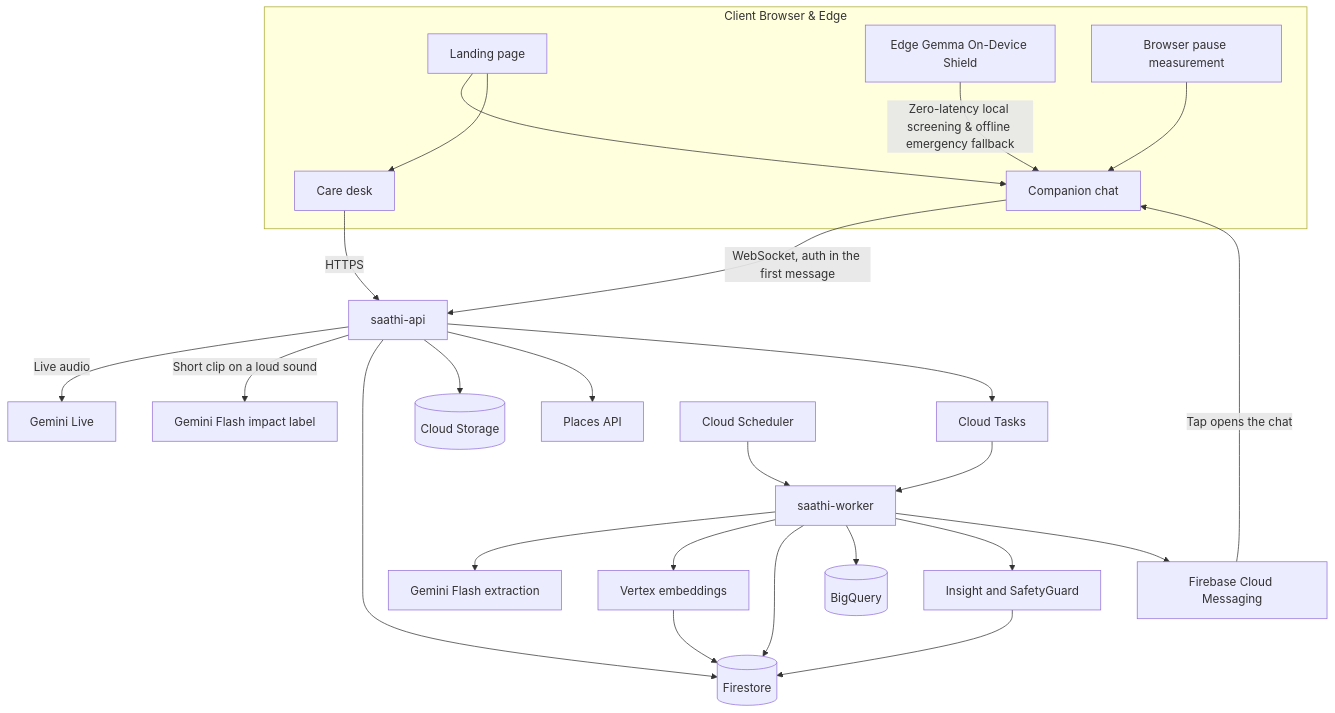
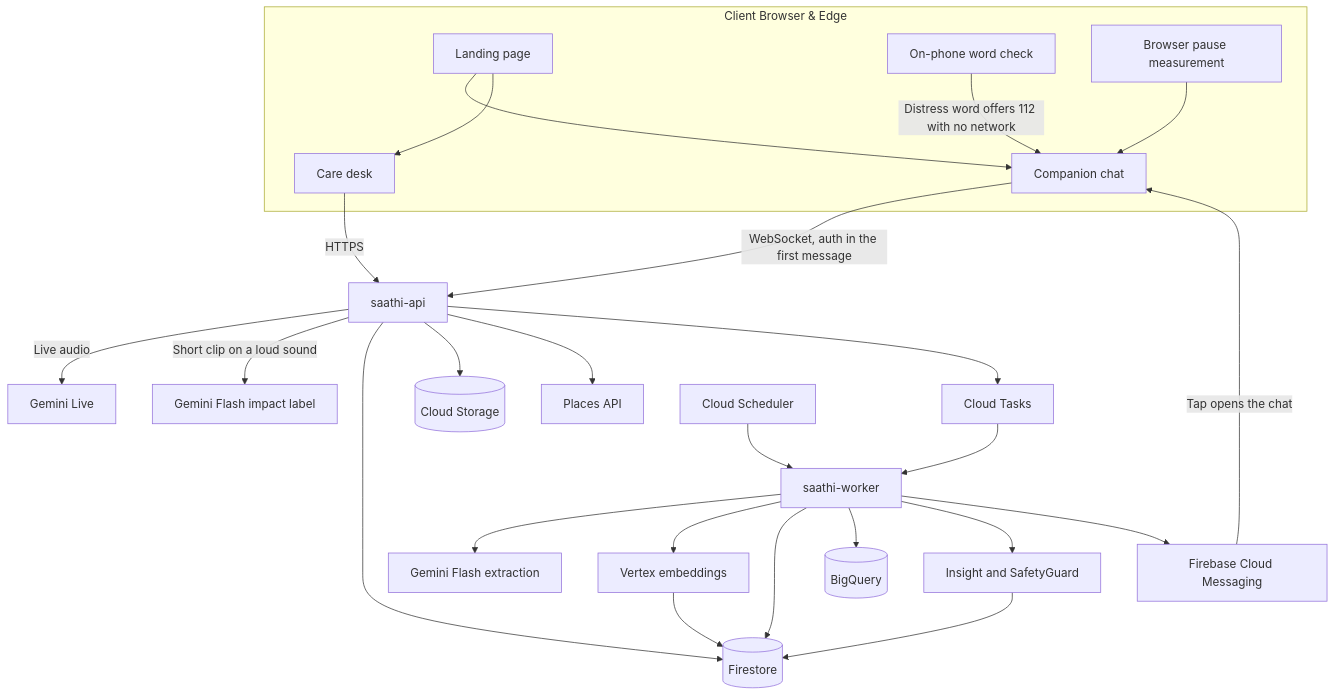
Before and after one commit to srushtipatil09/AI_Builder_Cup_2026: the first of 4 diagrams in docs/ARCHITECTURE.md, drawn with Mermaid. The commit also changed other lines of this file and 21 other files, not shown here.

First line of the commit message:
feat: enhance MedGemma and Edge Gemma features with new metrics and UI updates

````diff
--- a/docs/ARCHITECTURE.md
+++ b/docs/ARCHITECTURE.md
@@ -9,33 +9,33 @@
 ```mermaid
 flowchart TD
   subgraph browser [Client Browser & Edge]
     land[Landing page]
     chat[Companion chat]
     desk[Care desk]
-    edgeGemma[Edge Gemma On-Device Shield]
+    edgeGemma[On-phone word check]
     meter[Browser pause measurement]
   end
-  edgeGemma -->|Zero-latency local screening & offline emergency fallback| chat
+  edgeGemma -->|Distress word offers 112 with no network| chat
   land --> chat
   land --> desk
   meter --> chat
   chat -->|WebSocket, auth in the first message| api[saathi-api]
   desk -->|HTTPS| api
   api -->|Live audio| live[Gemini Live]
   api -->|Short clip on a loud sound| flashNow[Gemini Flash impact label]
   api --> store[(Firestore)]
   api --> media[(Cloud Storage)]
   api --> places[Places API]
   api --> tasks[Cloud Tasks]
   clock[Cloud Scheduler] --> worker[saathi-worker]
   tasks --> worker
   worker --> flash[Gemini Flash extraction]
   worker --> embed[Vertex embeddings]
   embed --> store
   worker --> store
   worker --> bq[(BigQuery)]
   worker --> guard[Insight and SafetyGuard]
   guard --> store
   worker --> push[Firebase Cloud Messaging]
   push -->|Tap opens the chat| chat
 ```
````
